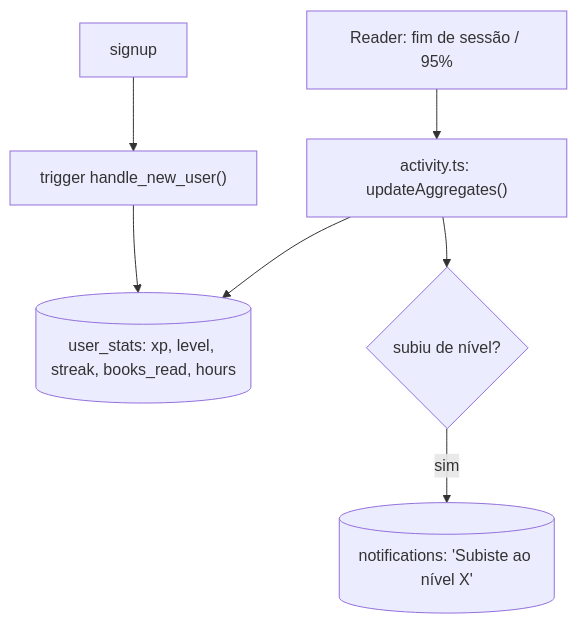
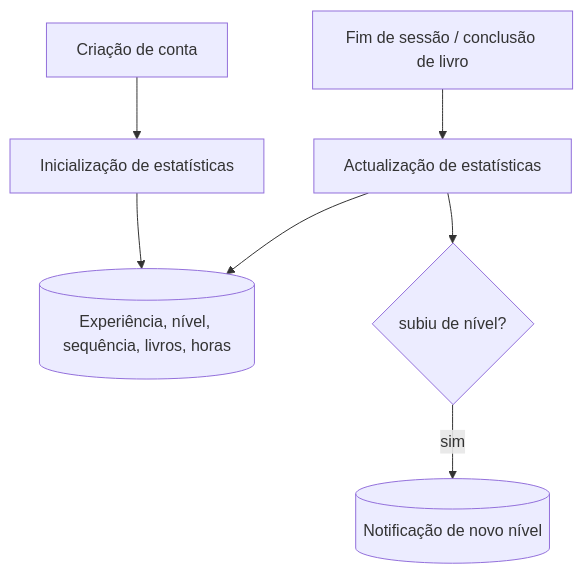
The eighth of 10 diagrams in docs/RELATORIO.md (juniorclesionguni-source/zuri), drawn with Mermaid before and after one commit. The commit also changed other lines of this file and 8 other files, not shown here.

````diff
--- a/docs/RELATORIO.md
+++ b/docs/RELATORIO.md
@@ -382,8 +383,8 @@
 ```mermaid
 flowchart TB
-  Read["Reader: fim de sessão / 95%"] --> Act["activity.ts: updateAggregates()"]
-  Act --> US[("user_stats: xp, level, streak, books_read, hours")]
-  Act --> Lvl{"subiu de nível?"}
-  Lvl -->|sim| Notif[("notifications: 'Subiste ao nível X'")]
-  Signup["signup"] --> Trig["trigger handle_new_user()"] --> US
+  Leitura["Fim de sessão / conclusão de livro"] --> Agrega["Actualização de estatísticas"]
+  Agrega --> Est[("Experiência, nível, sequência, livros, horas")]
+  Agrega --> Subiu{"subiu de nível?"}
+  Subiu -->|sim| Notif[("Notificação de novo nível")]
+  Conta["Criação de conta"] --> Init["Inicialização de estatísticas"] --> Est
 ```
````
